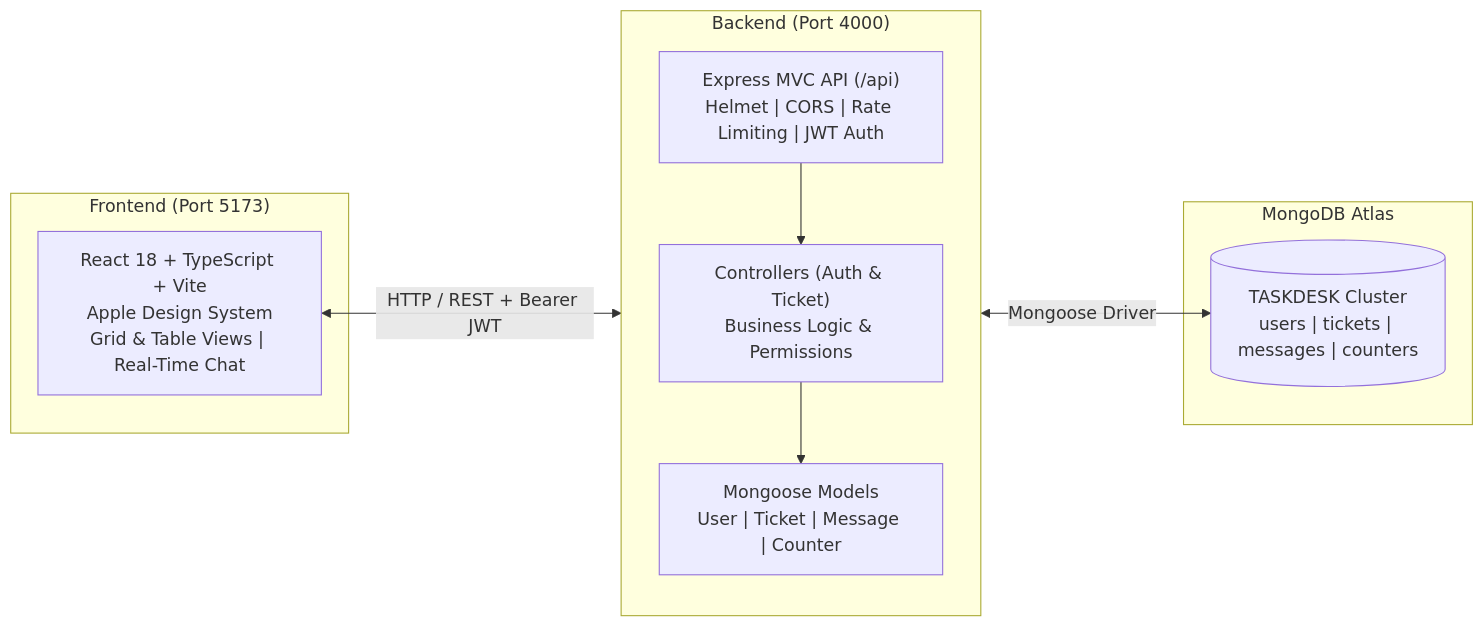
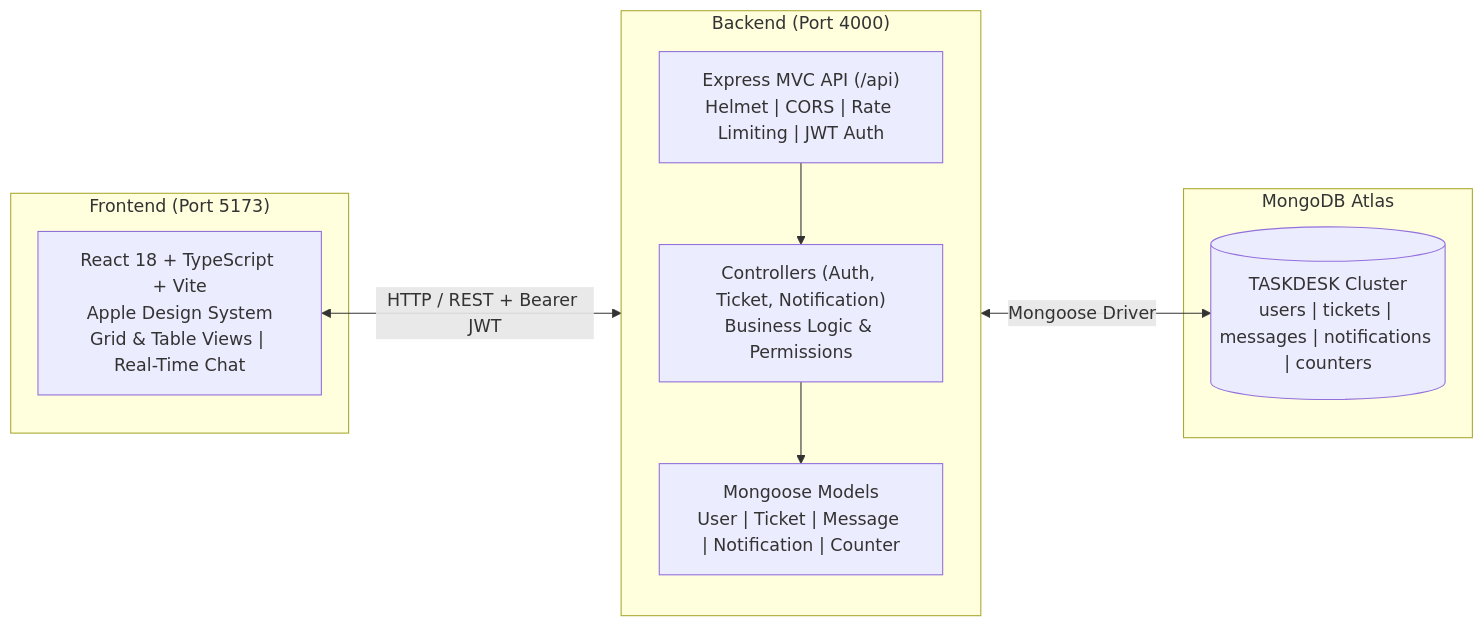
The first of 2 diagrams in README.md (Shyam-creater/TaskDesk-Microservice-Ticket-Tracker), drawn with Mermaid before and after one commit. The commit also changed other lines of this file and 10 other files, not shown here.

````diff
--- a/README.md
+++ b/README.md
@@ -11,21 +11,21 @@
 ```mermaid
 flowchart LR
     subgraph Client ["Frontend (Port 5173)"]
         UI["React 18 + TypeScript + Vite\nApple Design System\nGrid & Table Views | Real-Time Chat"]
     end
 
     subgraph Server ["Backend (Port 4000)"]
         direction TB
         APP["Express MVC API (/api)\nHelmet | CORS | Rate Limiting | JWT Auth"]
-        CTRL["Controllers (Auth & Ticket)\nBusiness Logic & Permissions"]
-        MODELS["Mongoose Models\nUser | Ticket | Message | Counter"]
+        CTRL["Controllers (Auth, Ticket, Notification)\nBusiness Logic & Permissions"]
+        MODELS["Mongoose Models\nUser | Ticket | Message | Notification | Counter"]
         APP --> CTRL --> MODELS
     end
 
     subgraph Database ["MongoDB Atlas"]
-        ATLAS[("TASKDESK Cluster\nusers | tickets | messages | counters")]
+        ATLAS[("TASKDESK Cluster\nusers | tickets | messages | notifications | counters")]
     end
 
     UI <-->|HTTP / REST + Bearer JWT| APP
     MODELS <-->|Mongoose Driver| ATLAS
 ```
````
